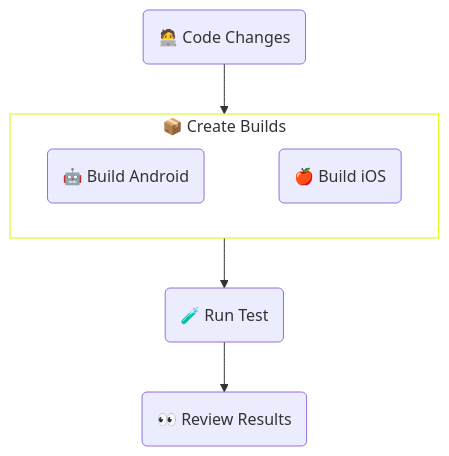
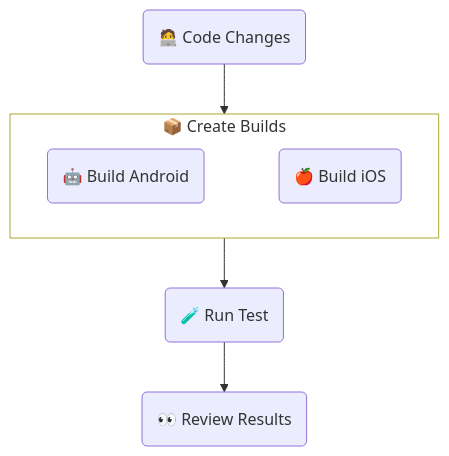
One commit to sherlo-io/sherlo changed the diagram in examples/standard/README.md. Above: the diagram before and after it, drawn with Mermaid.

Commit message:
no message

````diff
--- a/examples/standard/README.md
+++ b/examples/standard/README.md
@@ -14,16 +14,16 @@
 ```mermaid
 flowchart TB
    UI(🧑‍💻 Code Changes)
    subgraph Build[📦 Create Builds]
       Android(🤖 Build Android)
       iOS(🍎 Build iOS)
       Android ~~~ iOS
-      style Build fill:#00000000,stroke:#CCFF00
+      style Build fill:#00000000
    end
    Test(🧪 Run Test)
    Review(👀 Review Results)
 
    UI --> Build
    Build --> Test
    Test --> Review
 ```
````
